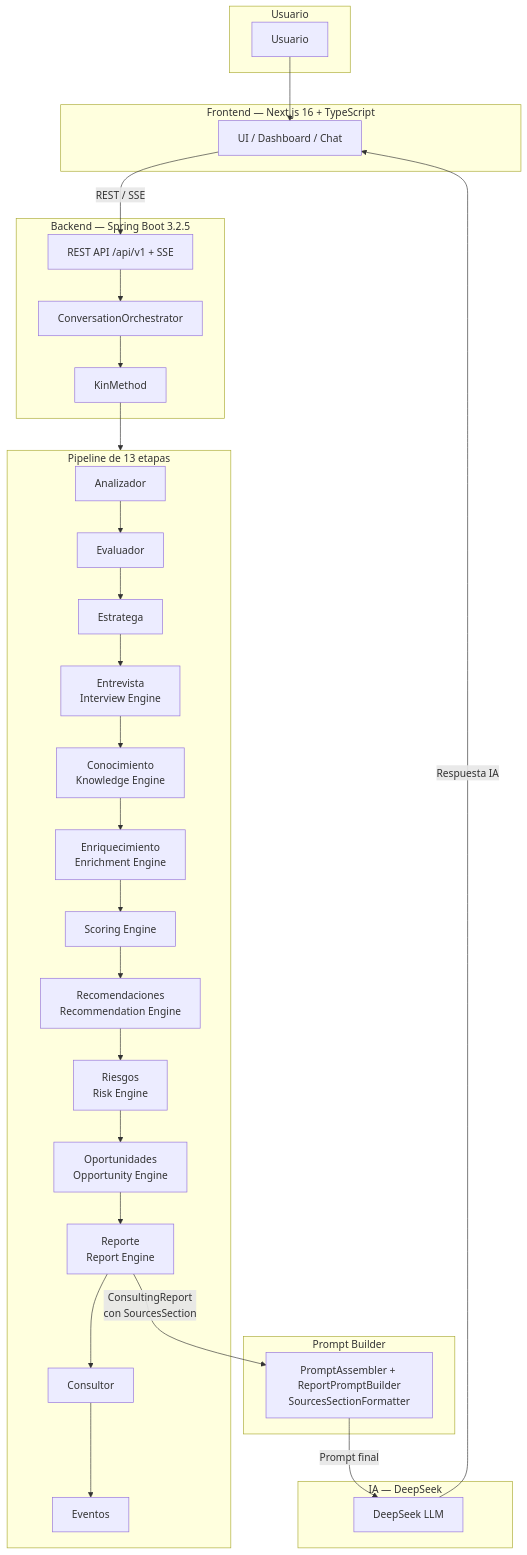
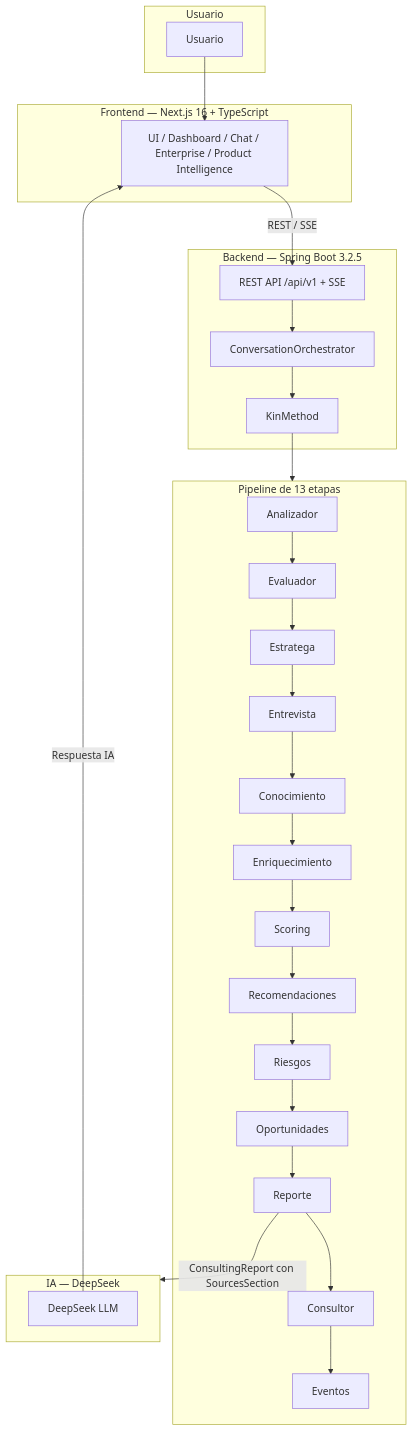
The diagram in README.md (LuisAIDev/kin-platform), drawn with Mermaid before and after one commit. The commit also changed other lines of this file and 5 other files, not shown here.

````diff
--- a/README.md
+++ b/README.md
@@ -107,48 +188,38 @@
 ```mermaid
 flowchart TB
     subgraph Usuario
         U[Usuario]
     end
-
     subgraph Frontend["Frontend — Next.js 16 + TypeScript"]
-        F[UI / Dashboard / Chat]
+        F[UI / Dashboard / Chat / Enterprise / Product Intelligence]
     end
-
     subgraph Backend["Backend — Spring Boot 3.2.5"]
         REST[REST API /api/v1 + SSE]
         CO[ConversationOrchestrator]
         KM[KinMethod]
     end
-
     subgraph Pipeline["Pipeline de 13 etapas"]
         A[Analizador] --> B[Evaluador]
         B --> C[Estratega]
-        C --> I[Entrevista<br/>Interview Engine]
-        I --> K[Conocimiento<br/>Knowledge Engine]
-        K --> E[Enriquecimiento<br/>Enrichment Engine]
-        E --> S[Scoring Engine]
-        S --> R[Recomendaciones<br/>Recommendation Engine]
-        R --> Ri[Riesgos<br/>Risk Engine]
-        Ri --> O[Oportunidades<br/>Opportunity Engine]
-        O --> Rep[Reporte<br/>Report Engine]
+        C --> I[Entrevista]
+        I --> K[Conocimiento]
+        K --> E[Enriquecimiento]
+        E --> S[Scoring]
+        S --> R[Recomendaciones]
+        R --> Ri[Riesgos]
+        Ri --> O[Oportunidades]
+        O --> Rep[Reporte]
         Rep --> Cons[Consultor]
         Cons --> Ev[Eventos]
     end
-
-    subgraph Prompting["Prompt Builder"]
-        PB[PromptAssembler + ReportPromptBuilder<br/>SourcesSectionFormatter]
-    end
-
     subgraph IA["IA — DeepSeek"]
         LLM[DeepSeek LLM]
     end
-
     U --> F
     F -->|REST / SSE| REST
     REST --> CO
     CO --> KM
     KM --> Pipeline
-    Rep -->|ConsultingReport<br/>con SourcesSection| PB
-    PB -->|Prompt final| LLM
+    Rep -->|ConsultingReport con SourcesSection| IA
     LLM -->|Respuesta IA| F
 ```
````
